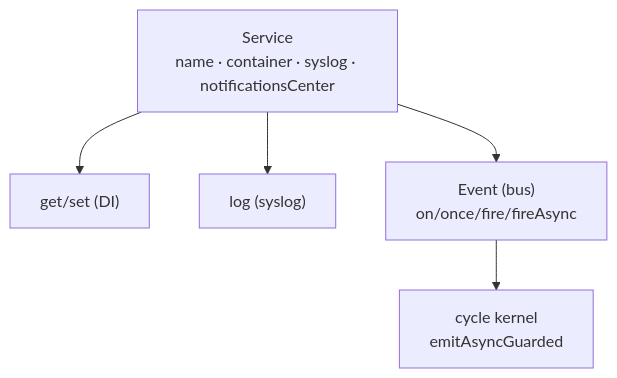
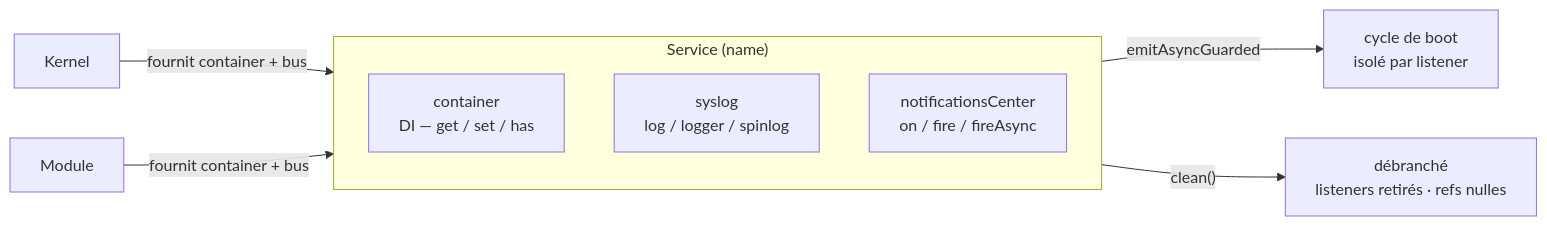
The first of 2 diagrams in src/nodefony/docs/service.md (nodefony/nodefony-core), drawn with Mermaid before and after one commit. The commit also changed other lines of this file and 8 other files, not shown here.

````diff
--- a/src/nodefony/docs/service.md
+++ b/src/nodefony/docs/service.md
@@ -26,8 +35,13 @@
 ```mermaid
-flowchart TD
-  S["Service<br/>name · container · syslog · notificationsCenter"]
-  S --> DI["get/set (DI)"]
-  S --> LOG["log (syslog)"]
-  S --> EV["Event (bus)<br/>on/once/fire/fireAsync"]
-  EV --> K["cycle kernel<br/>emitAsyncGuarded"]
+flowchart LR
+  subgraph S["Service (name)"]
+    direction TB
+    C["container<br/>DI — get / set / has"]
+    L["syslog<br/>log / logger / spinlog"]
+    N["notificationsCenter<br/>on / fire / fireAsync"]
+  end
+  K["Kernel"] -->|"fournit container + bus"| S
+  M["Module"] -->|"fournit container + bus"| S
+  S -->|"clean()"| X["débranché<br/>listeners retirés · refs nulles"]
+  N -->|"emitAsyncGuarded"| B["cycle de boot<br/>isolé par listener"]
 ```
````
